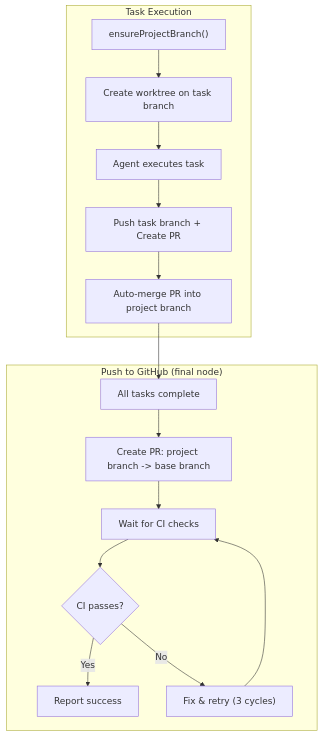
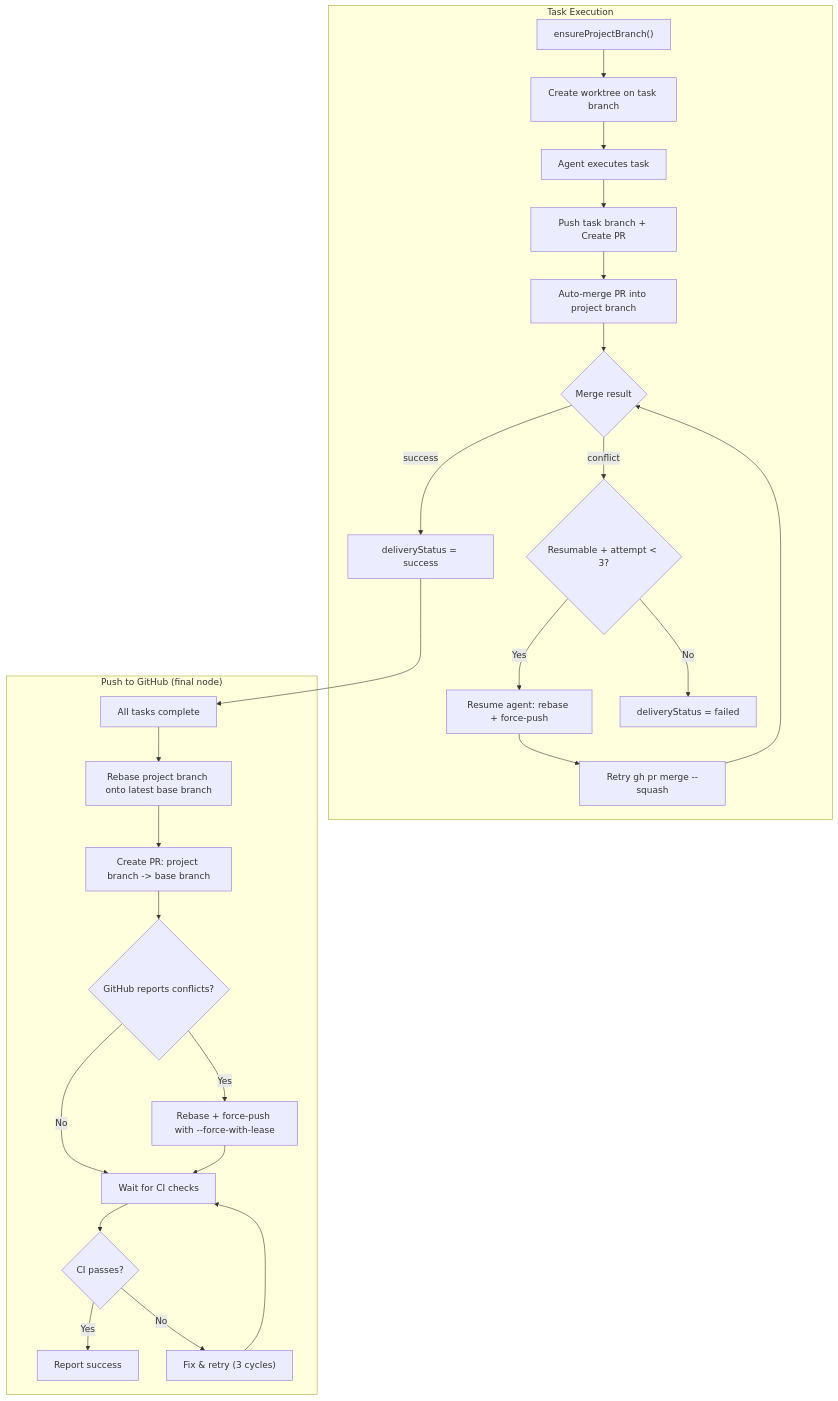
The second of 9 diagrams in docs/design/GITHUB_WORKFLOW.md (fuxialexander/astro), drawn with Mermaid before and after one commit. The commit also changed other lines of this file and 1 other file, not shown here.

First line of the commit message:
docs: update design docs to reflect complete parallel execution support

````diff
--- a/docs/design/GITHUB_WORKFLOW.md
+++ b/docs/design/GITHUB_WORKFLOW.md
@@ -43,20 +43,31 @@
 ```mermaid
 flowchart TD
   subgraph "Task Execution"
     A["ensureProjectBranch()"] --> B["Create worktree on task branch"]
     B --> C["Agent executes task"]
     C --> D["Push task branch + Create PR"]
     D --> E["Auto-merge PR into project branch"]
+    E --> E1{"Merge result"}
+    E1 -->|success| E2["deliveryStatus = success"]
+    E1 -->|conflict| E3{"Resumable + attempt < 3?"}
+    E3 -->|Yes| E4["Resume agent: rebase + force-push"]
+    E4 --> E5["Retry gh pr merge --squash"]
+    E5 --> E1
+    E3 -->|No| E6["deliveryStatus = failed"]
   end
 
   subgraph "Push to GitHub (final node)"
-    F["All tasks complete"] --> G["Create PR: project branch -> base branch"]
-    G --> H["Wait for CI checks"]
+    F["All tasks complete"] --> F1["Rebase project branch onto latest base branch"]
+    F1 --> G["Create PR: project branch -> base branch"]
+    G --> G1{"GitHub reports conflicts?"}
+    G1 -->|No| H["Wait for CI checks"]
+    G1 -->|Yes| G2["Rebase + force-push with --force-with-lease"]
+    G2 --> H
     H --> I{"CI passes?"}
     I -->|Yes| J["Report success"]
     I -->|No| K["Fix & retry (3 cycles)"]
     K --> H
   end
 
-  E --> F
+  E2 --> F
 ```
````
